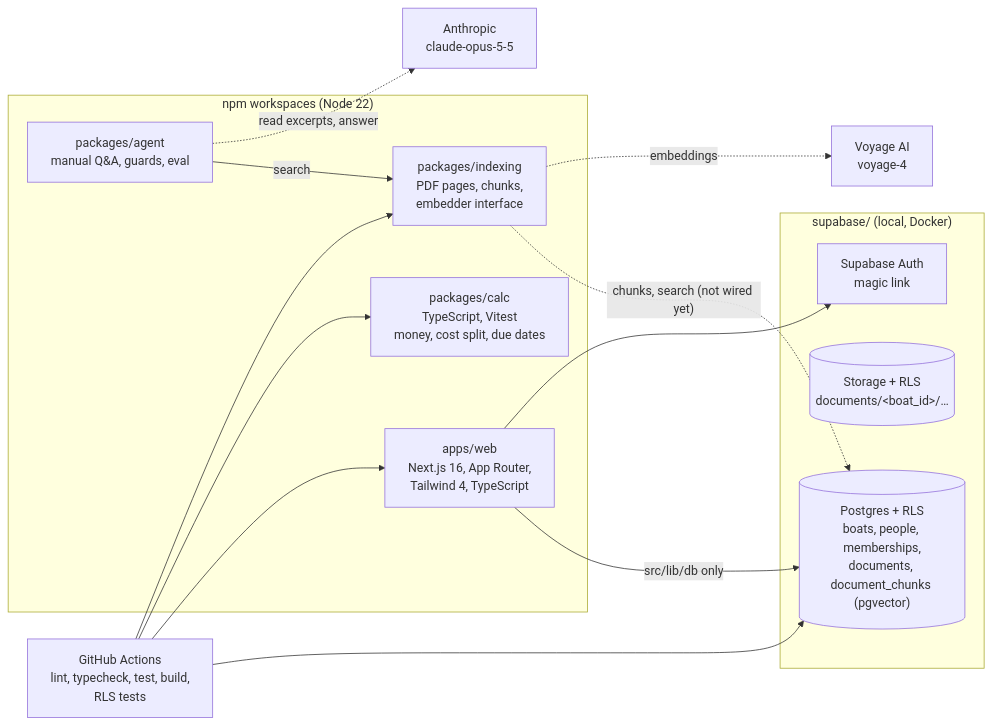
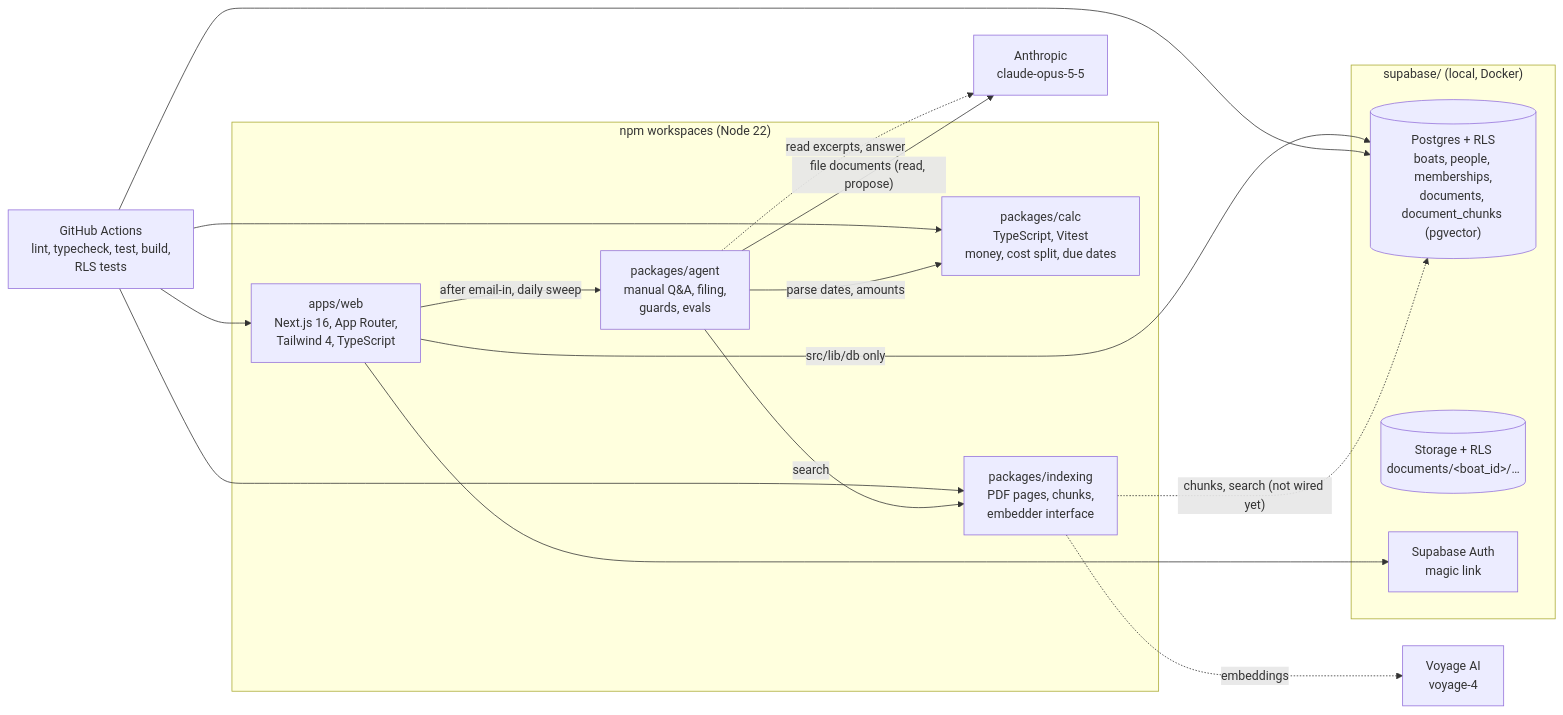
One commit to heynewton/newton changed the third of 6 diagrams in docs/architecture.md. Above: the diagram before and after it, drawn with Mermaid. The commit also changed other lines of this file and 2 other files, not shown here.

Commit message:
Docs: where filing runs (decision 0006) and what it does

````diff
--- a/docs/architecture.md
+++ b/docs/architecture.md
@@ -187,25 +191,28 @@
 ```mermaid
 flowchart LR
   subgraph Repo["npm workspaces (Node 22)"]
     Web["apps/web<br/>Next.js 16, App Router,<br/>Tailwind 4, TypeScript"]
     Calc["packages/calc<br/>TypeScript, Vitest<br/>money, cost split, due dates"]
     Indexing["packages/indexing<br/>PDF pages, chunks,<br/>embedder interface"]
-    AgentPkg["packages/agent<br/>manual Q#amp;A, guards, eval"]
+    AgentPkg["packages/agent<br/>manual Q#amp;A, filing,<br/>guards, evals"]
   end
   subgraph Local["supabase/ (local, Docker)"]
     DB[("Postgres + RLS<br/>boats, people, memberships,<br/>documents, document_chunks (pgvector)")]
     Files[("Storage + RLS<br/>documents/#lt;boat_id#gt;/…")]
     Auth["Supabase Auth<br/>magic link"]
   end
   Web -->|"src/lib/db only"| DB
   Web --> Auth
   CI["GitHub Actions<br/>lint, typecheck, test, build,<br/>RLS tests"]
   CI --> Web
   CI --> Calc
   CI --> Indexing
   CI --> DB
   Indexing -.->|"chunks, search (not wired yet)"| DB
   Indexing -.->|"embeddings"| Voyage["Voyage AI<br/>voyage-4"]
   AgentPkg -->|"search"| Indexing
   AgentPkg -.->|"read excerpts, answer"| Claude["Anthropic<br/>claude-opus-5-5"]
+  AgentPkg -->|"file documents (read, propose)"| Claude
+  AgentPkg -->|"parse dates, amounts"| Calc
+  Web -->|"after email-in, daily sweep"| AgentPkg
 ```
````
